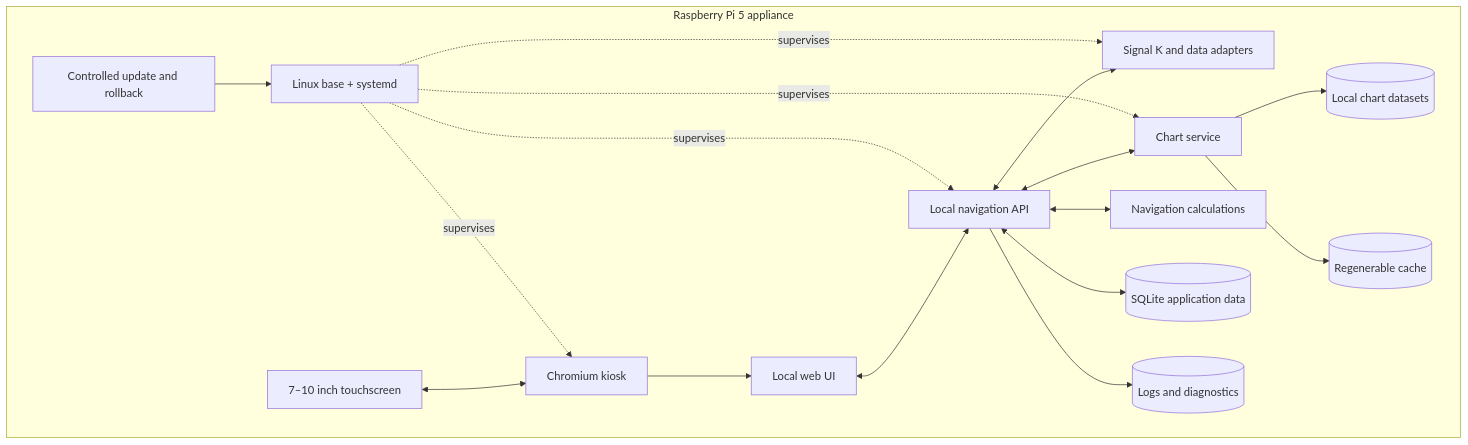
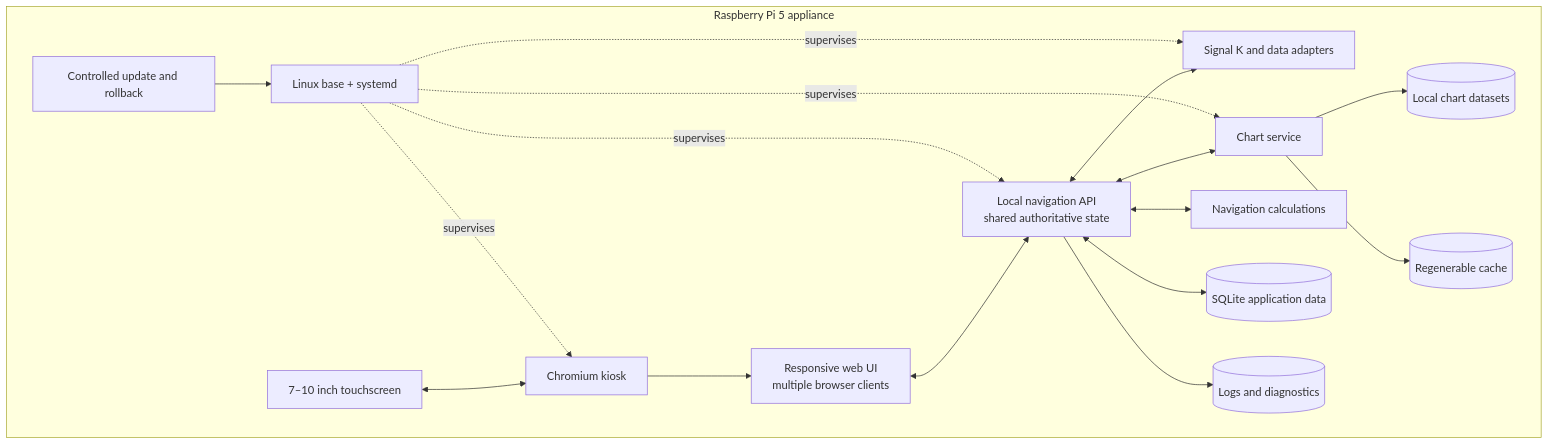
One commit to ruicunha/Azimute-One changed the third of 3 diagrams in docs/architecture/vision.md. Above: the diagram before and after it, drawn with Mermaid. The commit also changed other lines of this file, not shown here.

Commit message:
Document multi-client and container architecture

````diff
--- a/docs/architecture/vision.md
+++ b/docs/architecture/vision.md
@@ -182,34 +201,34 @@
 ```mermaid
 flowchart TB
     subgraph Device["Raspberry Pi 5 appliance"]
         Display[7–10 inch touchscreen]
         Kiosk[Chromium kiosk]
-        UI[Local web UI]
-        API[Local navigation API]
+        UI[Responsive web UI<br/>multiple browser clients]
+        API[Local navigation API<br/>shared authoritative state]
         SK[Signal K and data adapters]
         Chart[Chart service]
         Core[Navigation calculations]
         DB[(SQLite application data)]
         Charts[(Local chart datasets)]
         Cache[(Regenerable cache)]
         Logs[(Logs and diagnostics)]
         OS[Linux base + systemd]
         Update[Controlled update and rollback]
     end
 
     Display <--> Kiosk
     Kiosk --> UI
     UI <--> API
     API <--> SK
     API <--> Chart
     API <--> Core
     API <--> DB
     Chart --> Charts
     Chart --> Cache
     OS -. supervises .-> Kiosk
     OS -. supervises .-> API
     OS -. supervises .-> SK
     OS -. supervises .-> Chart
     API --> Logs
     Update --> OS
 ```
````
